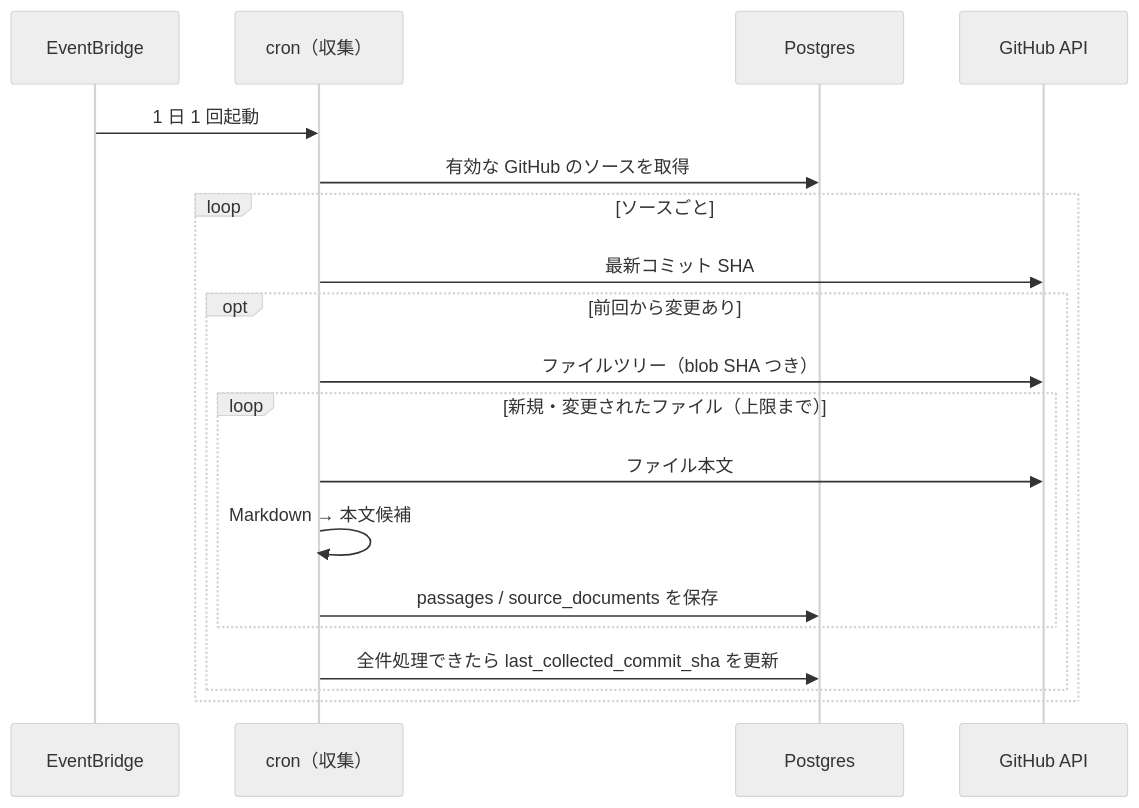
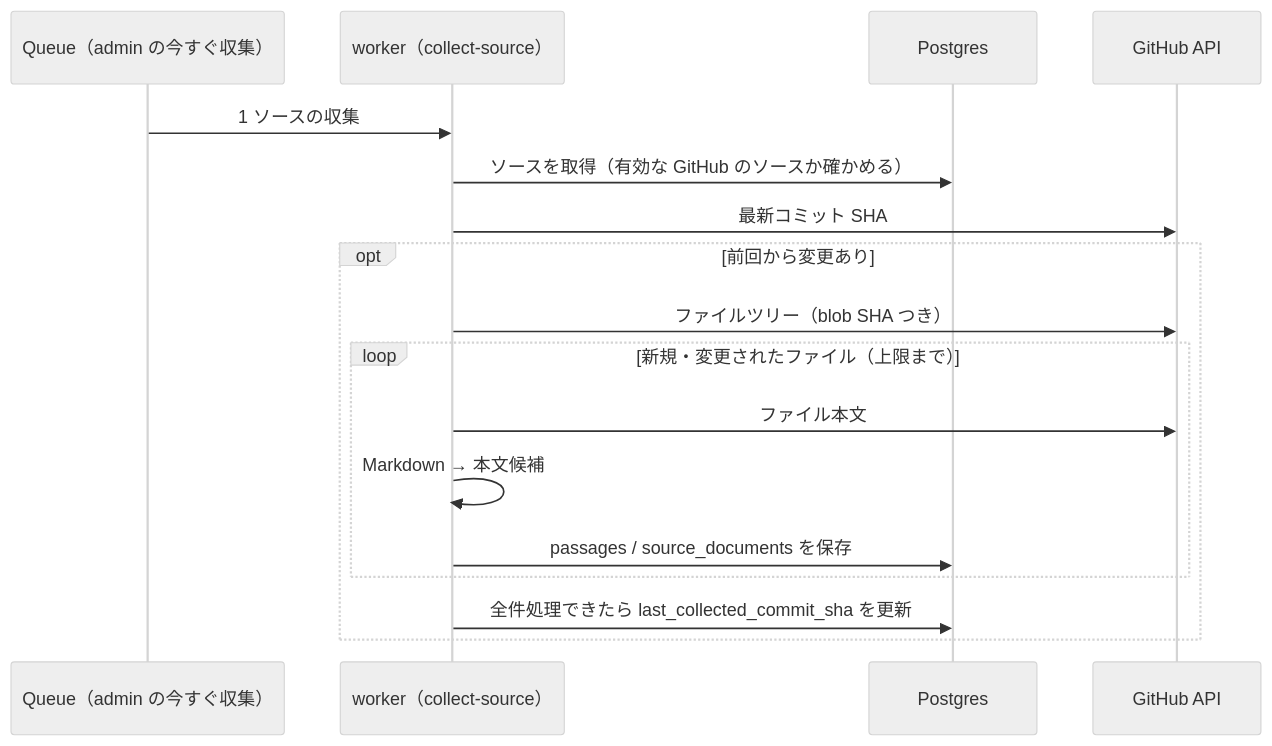
Before and after one commit to kentakki416/tech-english: the fourth of 4 diagrams in docs/spec/content-collection/README.md, drawn with Mermaid (neutral theme). The commit also changed other lines of this file and 69 other files, not shown here.

Commit message:
feat(worker): cron の collect:passages をやめ、収集の処理を worker に移して、admin の今すぐ収集のジョブ（collect-source）を足す

````diff
--- a/docs/spec/content-collection/README.md
+++ b/docs/spec/content-collection/README.md
@@ -561,22 +559,20 @@
 ```mermaid
 sequenceDiagram
-    participant Sch as EventBridge
-    participant Cron as cron（収集）
+    participant Q as Queue（admin の今すぐ収集）
+    participant W as worker（collect-source）
     participant DB as Postgres
     participant GH as GitHub API
 
-    Sch->>Cron: 1 日 1 回起動
-    Cron->>DB: 有効な GitHub のソースを取得
-    loop ソースごと
-        Cron->>GH: 最新コミット SHA
-        opt 前回から変更あり
-            Cron->>GH: ファイルツリー（blob SHA つき）
-            loop 新規・変更されたファイル（上限まで）
-                Cron->>GH: ファイル本文
-                Cron->>Cron: Markdown → 本文候補
-                Cron->>DB: passages / source_documents を保存
-            end
-            Cron->>DB: 全件処理できたら last_collected_commit_sha を更新
+    Q->>W: 1 ソースの収集
+    W->>DB: ソースを取得（有効な GitHub のソースか確かめる）
+    W->>GH: 最新コミット SHA
+    opt 前回から変更あり
+        W->>GH: ファイルツリー（blob SHA つき）
+        loop 新規・変更されたファイル（上限まで）
+            W->>GH: ファイル本文
+            W->>W: Markdown → 本文候補
+            W->>DB: passages / source_documents を保存
         end
+        W->>DB: 全件処理できたら last_collected_commit_sha を更新
     end
 ```
````
